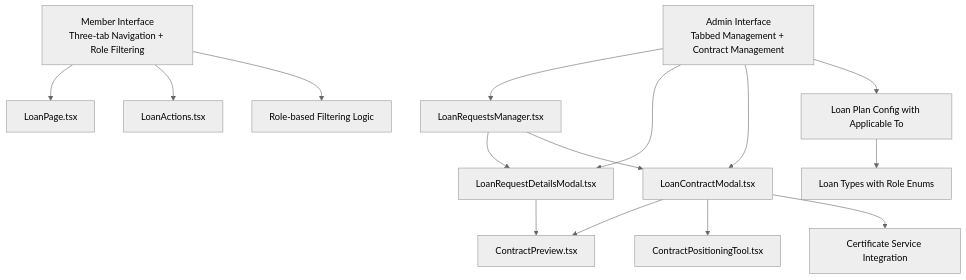
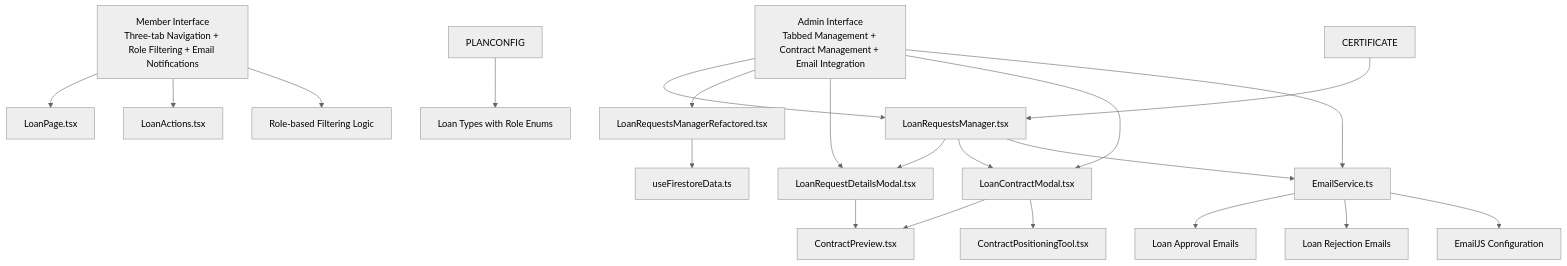
One commit to Unsure-bry/sampacoop_system changed the second of 3 diagrams in .qoder/repowiki/en/content/Project Overview/Core Features & Functionality/Loan Management System.md. Above: the diagram before and after it, drawn with Mermaid (neutral theme). The commit also changed other lines of this file and 12 other files, not shown here.

````diff
--- a/.qoder/repowiki/en/content/Project Overview/Core Features & Functionality/Loan Management System.md
+++ b/.qoder/repowiki/en/content/Project Overview/Core Features & Functionality/Loan Management System.md
@@ -159,17 +175,23 @@
 ```mermaid
 graph TB
-MEMBER["Member Interface<br/>Three-tab Navigation + Role Filtering"] --> LOANPAGE["LoanPage.tsx"]
+MEMBER["Member Interface<br/>Three-tab Navigation + Role Filtering + Email Notifications"] --> LOANPAGE["LoanPage.tsx"]
 MEMBER --> LOANACTION["LoanActions.tsx"]
 MEMBER --> ROLEFILTER["Role-based Filtering Logic"]
-ADMIN["Admin Interface<br/>Tabbed Management + Contract Management"] --> REQUESTMAN["LoanRequestsManager.tsx"]
+ADMIN["Admin Interface<br/>Tabbed Management + Contract Management + Email Integration"] --> REQUESTMAN["LoanRequestsManager.tsx"]
+ADMIN --> REFMAN["LoanRequestsManagerRefactored.tsx"]
 ADMIN --> DETAILSMODAL["LoanRequestDetailsModal.tsx"]
 ADMIN --> CONTRACTMODAL["LoanContractModal.tsx"]
-ADMIN --> PLANCONFIG["Loan Plan Config with Applicable To"]
+ADMIN --> EMAILSERVICE["EmailService.ts"]
 REQUESTMAN --> DETAILSMODAL
 REQUESTMAN --> CONTRACTMODAL
+REQUESTMAN --> EMAILSERVICE
+REFMAN --> HOOKS["useFirestoreData.ts"]
 CONTRACTMODAL --> CONTRACTPREVIEW["ContractPreview.tsx"]
 CONTRACTMODAL --> POSITIONTOOL["ContractPositioningTool.tsx"]
 DETAILSMODAL --> CONTRACTPREVIEW
 PLANCONFIG --> TYPES["Loan Types with Role Enums"]
-CONTRACTMODAL --> CERTIFICATE["Certificate Service Integration"]
+CERTIFICATE --> REQUESTMAN
+EMAILSERVICE --> APPROVAL["Loan Approval Emails"]
+EMAILSERVICE --> REJECTION["Loan Rejection Emails"]
+EMAILSERVICE --> CONFIG["EmailJS Configuration"]
 ```
````
